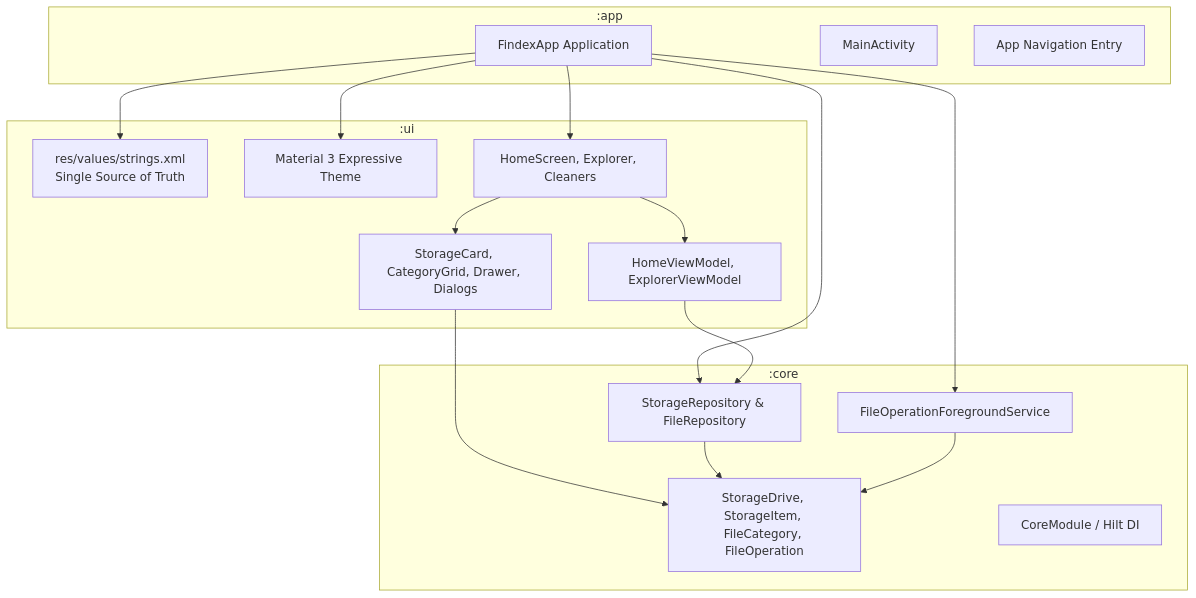
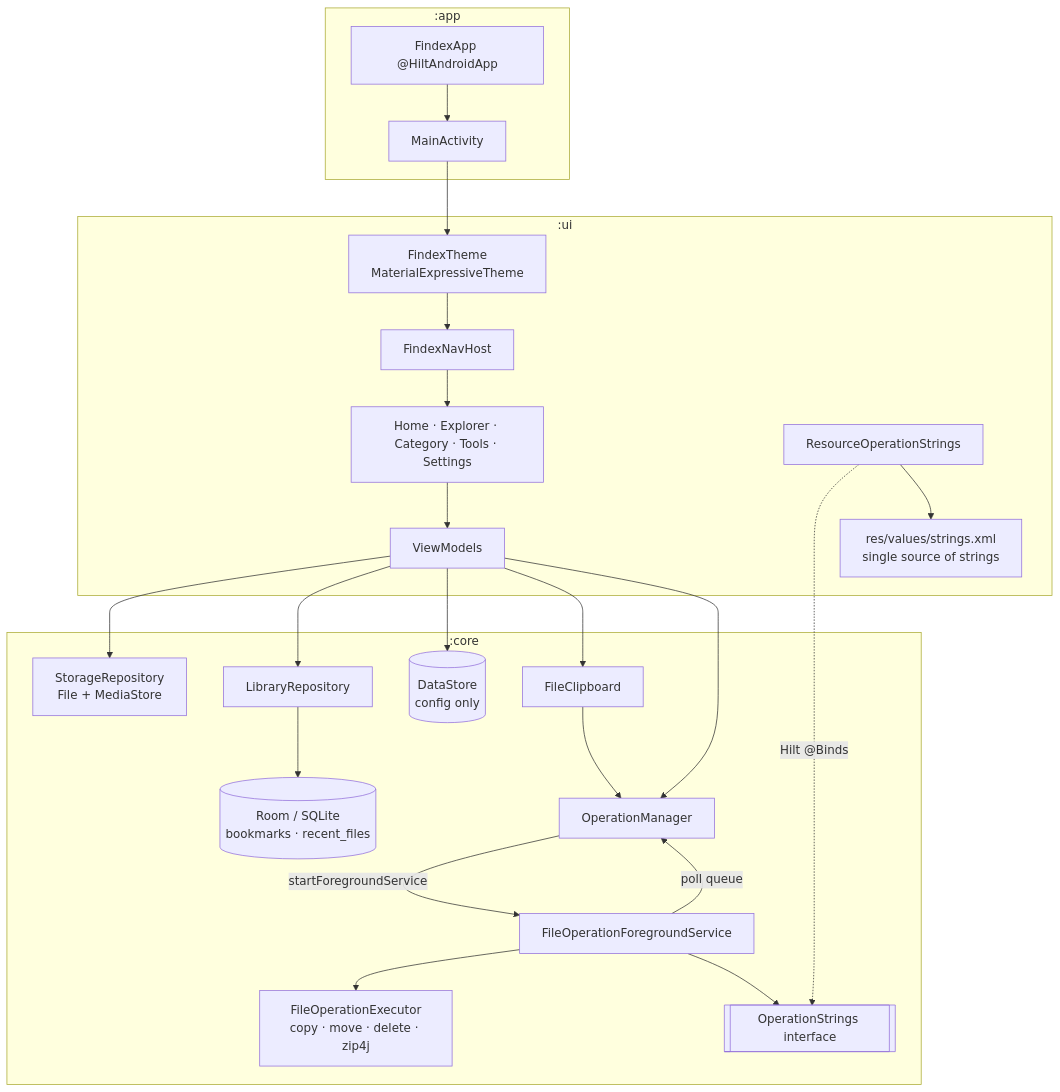
Before and after one commit to aiyu-ayaan/Findex: the first of 3 diagrams in development/docs/ARCHITECTURE.md, drawn with Mermaid. The commit also changed other lines of this file and 24 other files, not shown here.

First line of the commit message:
core(Engine) : Add file operation engine, Room database and settings

````diff
--- a/development/docs/ARCHITECTURE.md
+++ b/development/docs/ARCHITECTURE.md
@@ -11,35 +11,41 @@
 ```mermaid
 graph TD
     subgraph ":app"
-        App[FindexApp Application]
+        App[FindexApp @HiltAndroidApp]
         MainAct[MainActivity]
-        AppNav[App Navigation Entry]
     end
 
     subgraph ":ui"
-        UIStrings[res/values/strings.xml<br/>Single Source of Truth]
-        Theme[Material 3 Expressive Theme]
-        Screens[HomeScreen, Explorer, Cleaners]
-        Components[StorageCard, CategoryGrid, Drawer, Dialogs]
-        VMs[HomeViewModel, ExplorerViewModel]
+        UIStrings[res/values/strings.xml<br/>single source of strings]
+        Theme[FindexTheme<br/>MaterialExpressiveTheme]
+        Nav[FindexNavHost]
+        Screens[Home · Explorer · Category · Tools · Settings]
+        VMs[ViewModels]
+        OpStrings[ResourceOperationStrings]
     end
 
     subgraph ":core"
-        Repo[StorageRepository & FileRepository]
-        Models[StorageDrive, StorageItem, FileCategory, FileOperation]
+        StorageRepo[StorageRepository<br/>File + MediaStore]
+        LibraryRepo[LibraryRepository]
+        DB[(Room / SQLite<br/>bookmarks · recent_files)]
+        Settings[(DataStore<br/>config only)]
+        OpMgr[OperationManager]
+        Clip[FileClipboard]
+        Exec[FileOperationExecutor<br/>copy · move · delete · zip4j]
         FGS[FileOperationForegroundService]
-        DI[CoreModule / Hilt DI]
+        OpStringsIf[[OperationStrings interface]]
     end
 
-    App --> UIStrings
-    App --> Theme
-    App --> Screens
-    App --> Repo
-    App --> FGS
-    Screens --> VMs
-    VMs --> Repo
-    Screens --> Components
-    Components --> Models
-    Repo --> Models
-    FGS --> Models
+    App --> MainAct --> Theme --> Nav --> Screens --> VMs
+    VMs --> StorageRepo
+    VMs --> LibraryRepo --> DB
+    VMs --> Settings
+    VMs --> Clip --> OpMgr
+    VMs --> OpMgr
+    OpMgr -- startForegroundService --> FGS
+    FGS -- poll queue --> OpMgr
+    FGS --> Exec
+    FGS --> OpStringsIf
+    OpStrings -. Hilt @Binds .-> OpStringsIf
+    OpStrings --> UIStrings
 ```
````
